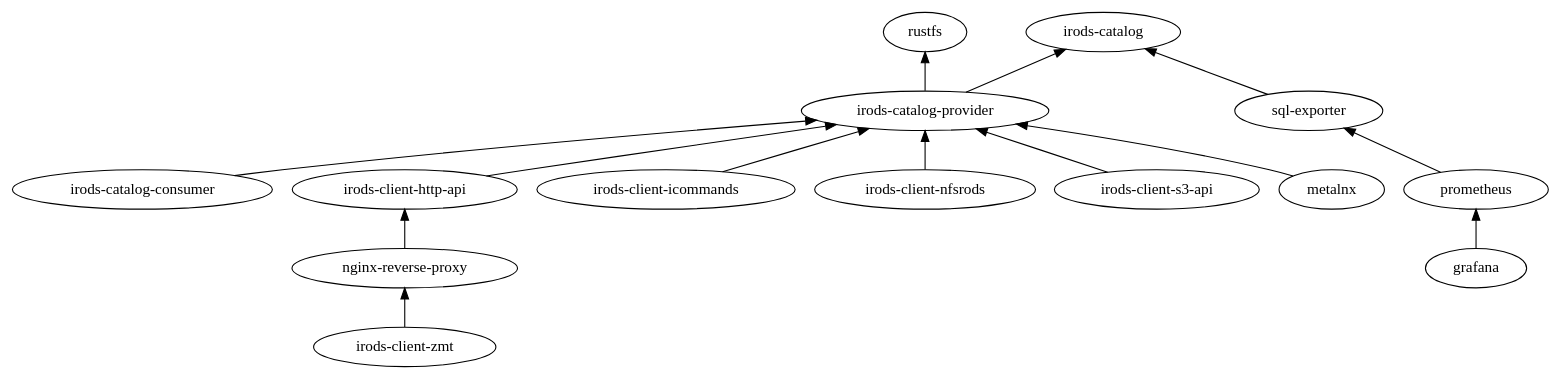
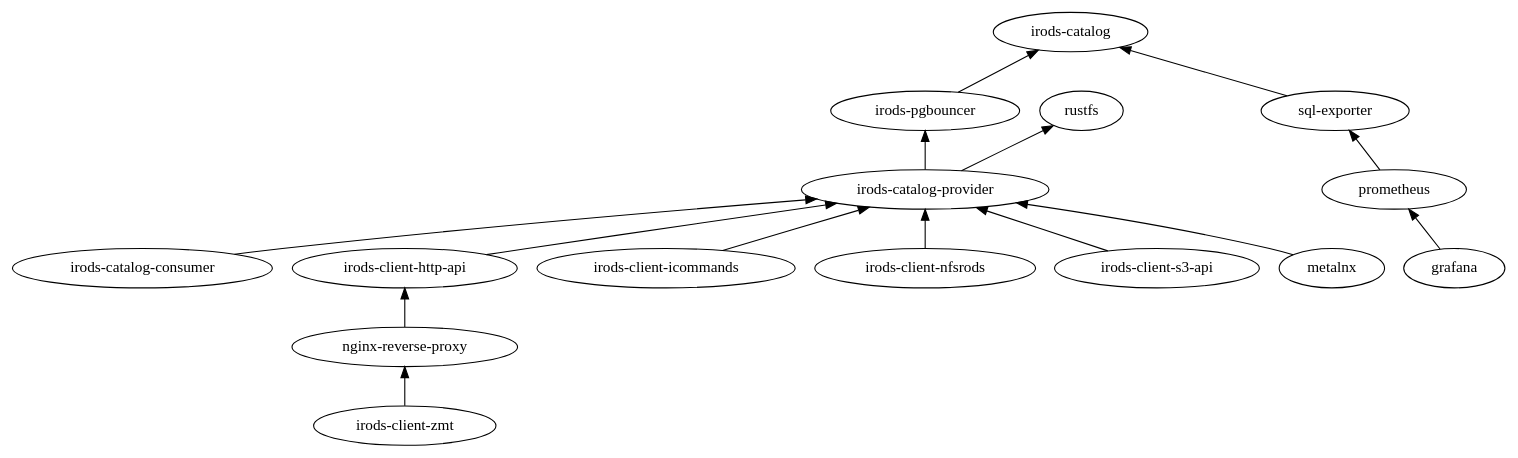
Before and after one commit to irods/irods_demo: the diagram in dependencies.dot, drawn with Graphviz. The commit also changed 4 other files, not shown here.

First line of the commit message:
[#137] route iRODS catalog provider through PgBouncer

```diff
--- a/dependencies.dot
+++ b/dependencies.dot
@@ -1,34 +1,36 @@
 digraph G {
 
   rankdir="BT"
 
   catalog        [label = "irods-catalog"];
+  pgbouncer      [label = "irods-pgbouncer"];
   provider       [label = "irods-catalog-provider"];
   consumer       [label = "irods-catalog-consumer"];
   http           [label = "irods-client-http-api"];
   icommands      [label = "irods-client-icommands"];
   nfsrods        [label = "irods-client-nfsrods"];
   nginx          [label = "nginx-reverse-proxy"];
   s3             [label = "irods-client-s3-api"];
   zmt            [label = "irods-client-zmt"];
   metalnx        [label = "metalnx"];
   rustfs         [label = "rustfs"];
   sql_exporter   [label = "sql-exporter"];
   prometheus     [label = "prometheus"];
   grafana        [label = "grafana"];
 
-  provider -> catalog;
+  pgbouncer -> catalog;
+  provider -> pgbouncer;
   consumer -> provider;
   icommands -> provider;
   nginx -> http;
   zmt -> nginx;
   metalnx -> provider;
   http -> provider;
   s3 -> provider;
   nfsrods -> provider;
   provider -> rustfs;
   sql_exporter -> catalog;
   prometheus -> sql_exporter;
   grafana -> prometheus;
 
 }
```
